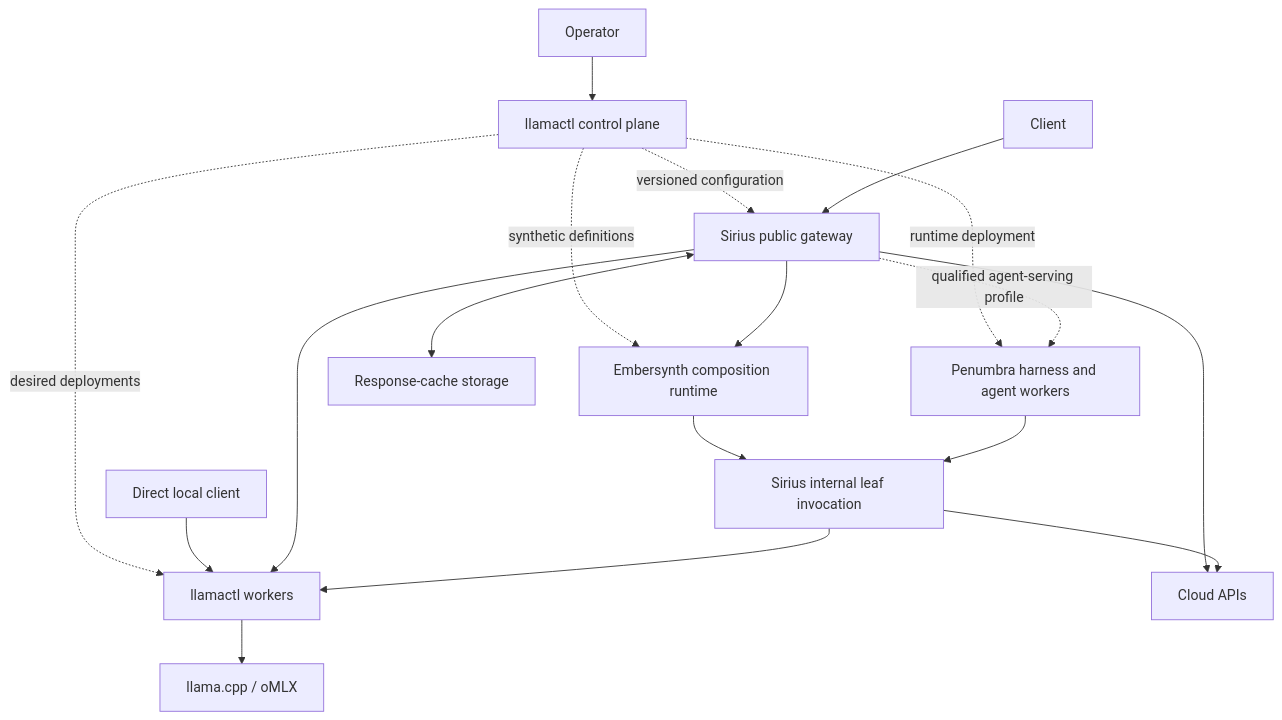
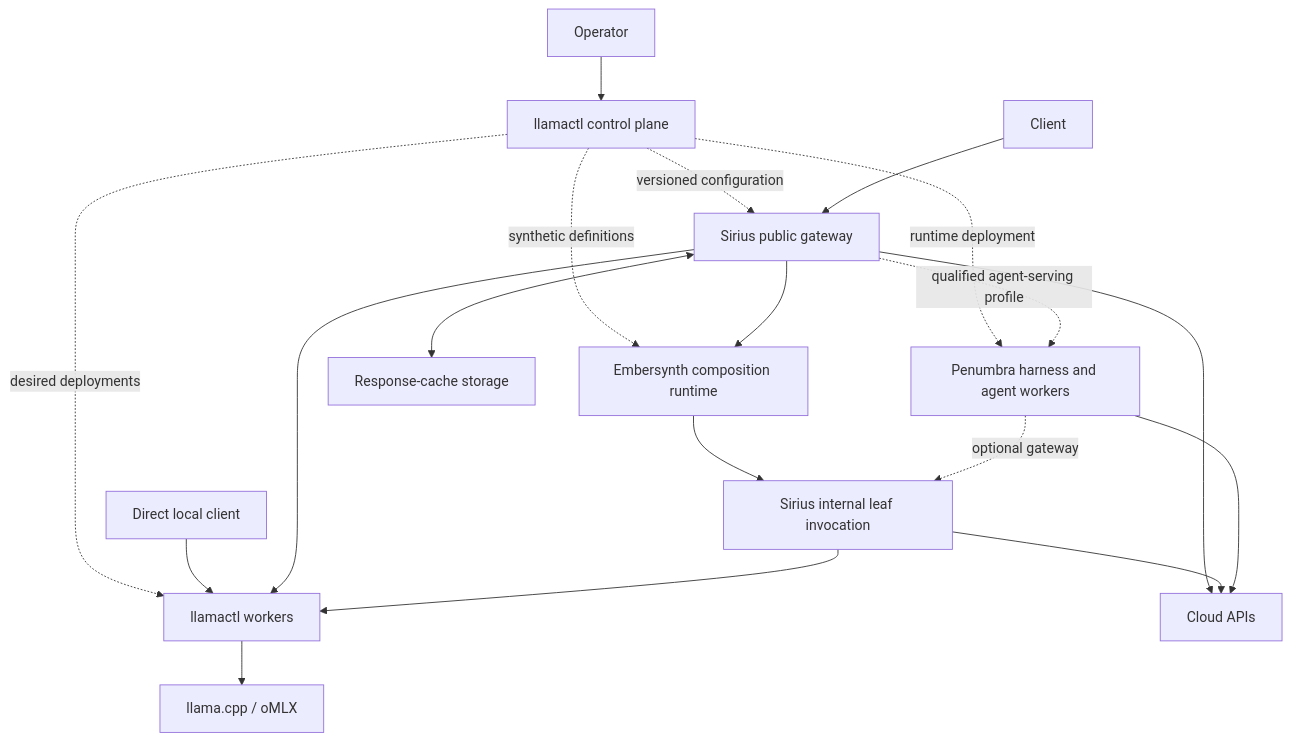
Before and after one commit to frozename/llamactl: the diagram in docs/specs/2026-09-24-ai-platform-boundaries.md, drawn with Mermaid. The commit also changed other lines of this file and 4 other files, not shown here.

````diff
--- a/docs/specs/2026-09-24-ai-platform-boundaries.md
+++ b/docs/specs/2026-09-24-ai-platform-boundaries.md
@@ -68,20 +72,21 @@
 ```mermaid
 flowchart TB
   O[Operator] --> L[llamactl control plane]
   L -. versioned configuration .-> S[Sirius public gateway]
   L -. desired deployments .-> W[llamactl workers]
   L -. synthetic definitions .-> E[Embersynth composition runtime]
   C[Client] --> S
   D[Direct local client] --> W
   S --> A[Cloud APIs]
   S --> W
   S --> E
   E --> I[Sirius internal leaf invocation]
   I --> A
   I --> W
   W --> R[llama.cpp / oMLX]
   L -. runtime deployment .-> P[Penumbra harness and agent workers]
   S -. qualified agent-serving profile .-> P
-  P --> I
+  P --> A
+  P -. optional gateway .-> I
   S <--> K[Response-cache storage]
 ```
````
